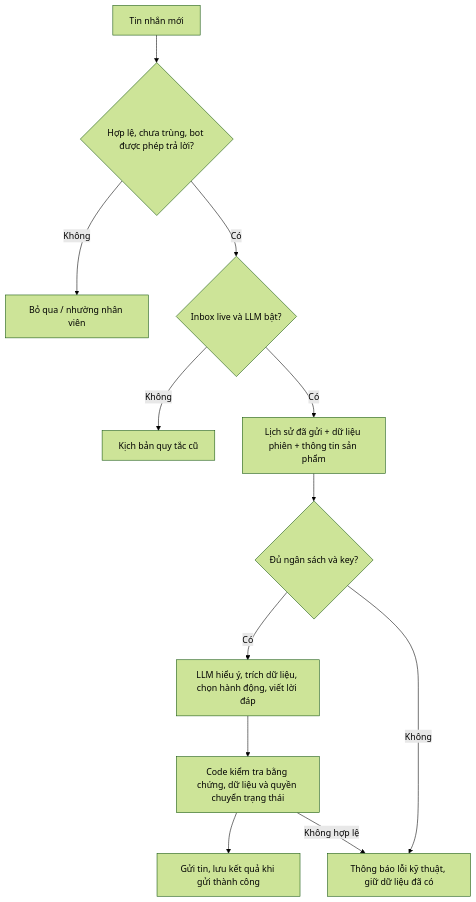
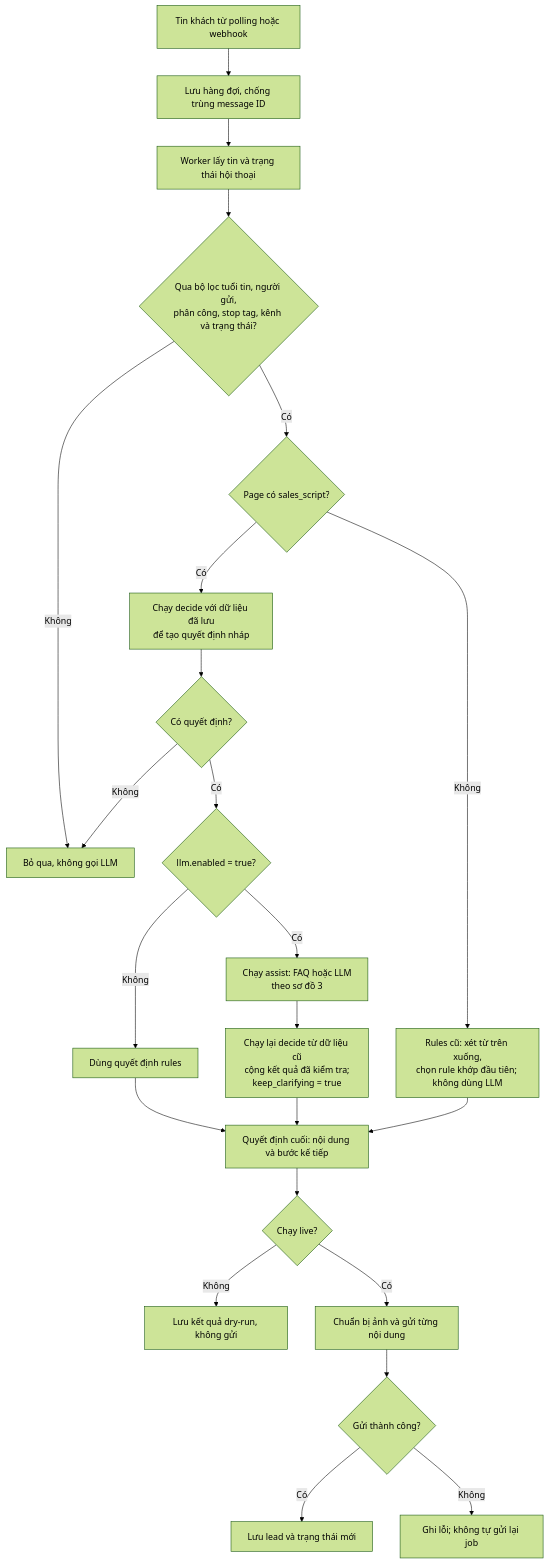
One commit to gianglv0212/pancake-tool changed the first of 3 diagrams in SALES-FLOW.md. Above: the diagram before and after it, drawn with Mermaid (forest theme). The commit also changed other lines of this file and 8 other files, not shown here.

````diff
--- a/SALES-FLOW.md
+++ b/SALES-FLOW.md
@@ -13,14 +79,25 @@
 ```mermaid
 flowchart TD
-    A[Tin nhắn mới] --> B{Hợp lệ, chưa trùng, bot được phép trả lời?}
-    B -->|Không| X[Bỏ qua / nhường nhân viên]
-    B -->|Có| C{Inbox live và LLM bật?}
-    C -->|Không| R[Kịch bản quy tắc cũ]
-    C -->|Có| D[Lịch sử đã gửi + dữ liệu phiên + thông tin sản phẩm]
-    D --> E{Đủ ngân sách và key?}
-    E -->|Có| F[LLM hiểu ý, trích dữ liệu, chọn hành động, viết lời đáp]
-    F --> G[Code kiểm tra bằng chứng, dữ liệu và quyền chuyển trạng thái]
-    G --> H[Gửi tin, lưu kết quả khi gửi thành công]
-    E -->|Không| I[Thông báo lỗi kỹ thuật, giữ dữ liệu đã có]
-    G -->|Không hợp lệ| I
+    A["Tin khách từ polling hoặc webhook"] --> B["Lưu hàng đợi, chống trùng message ID"]
+    B --> C["Worker lấy tin và trạng thái hội thoại"]
+    C --> D{"Qua bộ lọc tuổi tin, người gửi,<br/>phân công, stop tag, kênh và trạng thái?"}
+    D -->|Không| X["Bỏ qua, không gọi LLM"]
+    D -->|Có| E{"Page có sales_script?"}
+    E -->|Không| R["Rules cũ: xét từ trên xuống,<br/>chọn rule khớp đầu tiên; không dùng LLM"]
+    E -->|Có| F["Chạy decide với dữ liệu đã lưu<br/>để tạo quyết định nháp"]
+    F --> G{"Có quyết định?"}
+    G -->|Không| X
+    G -->|Có| H{"llm.enabled = true?"}
+    H -->|Không| I["Dùng quyết định rules"]
+    H -->|Có| J["Chạy assist: FAQ hoặc LLM<br/>theo sơ đồ 3"]
+    J --> K["Chạy lại decide từ dữ liệu cũ<br/>cộng kết quả đã kiểm tra;<br/>keep_clarifying = true"]
+    I --> L["Quyết định cuối: nội dung và bước kế tiếp"]
+    K --> L
+    R --> L
+    L --> M{"Chạy live?"}
+    M -->|Không| N["Lưu kết quả dry-run, không gửi"]
+    M -->|Có| O["Chuẩn bị ảnh và gửi từng nội dung"]
+    O --> P{"Gửi thành công?"}
+    P -->|Có| Q["Lưu lead và trạng thái mới"]
+    P -->|Không| S["Ghi lỗi; không tự gửi lại job"]
 ```
````
